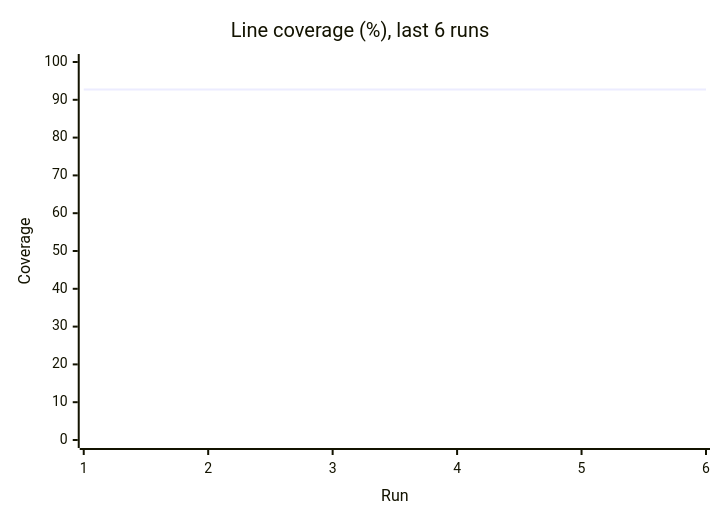
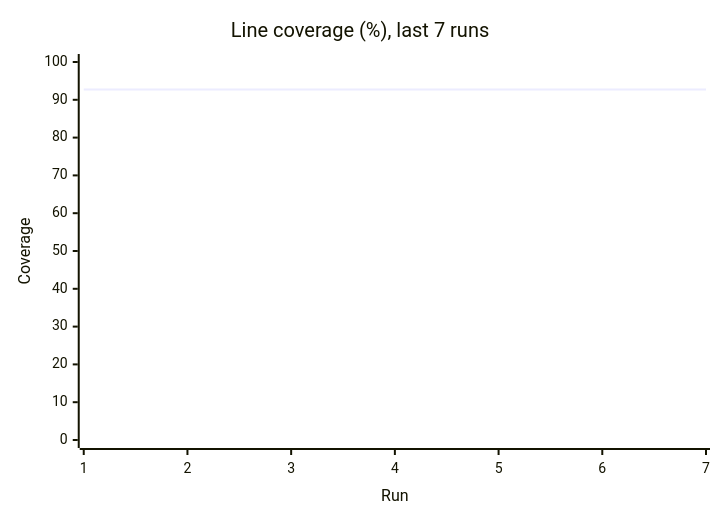
One commit to Shirojoufu/Service-Template changed the third of 3 diagrams in reports/summary.md. Above: the diagram before and after it, drawn with Mermaid. The commit also changed other lines of this file and 5 other files, not shown here.

````diff
--- a/reports/summary.md
+++ b/reports/summary.md
@@ -33,7 +33,7 @@
 ```mermaid
 xychart-beta
-    title "Line coverage (%), last 6 runs"
-    x-axis "Run" [1, 2, 3, 4, 5, 6]
+    title "Line coverage (%), last 7 runs"
+    x-axis "Run" [1, 2, 3, 4, 5, 6, 7]
     y-axis "Coverage" 0 --> 100
-    line [92.75, 92.75, 92.75, 92.75, 92.75, 92.75]
+    line [92.75, 92.75, 92.75, 92.75, 92.75, 92.75, 92.75]
 ```
````
